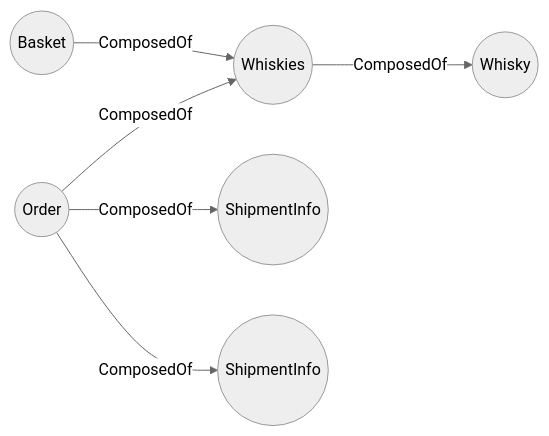
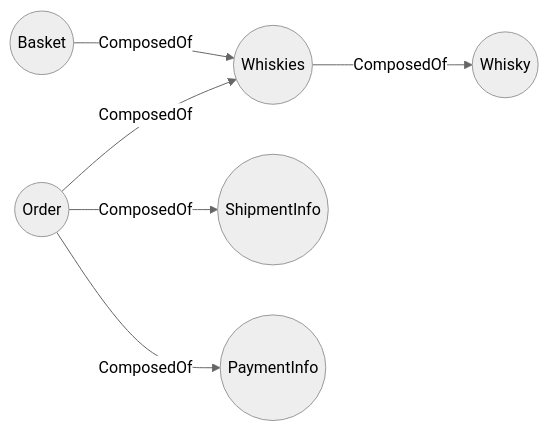
One commit to aniwat0554/assignment-java-boot-camp changed the fourth of 4 diagrams in READMe.md. Above: the diagram before and after it, drawn with Mermaid (neutral theme). The commit also changed other lines of this file, not shown here.

Commit message:
correct entity name
ShipmentInfo -> PaymentInfo

````diff
--- a/READMe.md
+++ b/READMe.md
@@ -39,8 +39,8 @@
 ```mermaid
     graph LR
     Whiskies((Whiskies)) -->|ComposedOf| Whisky(("Whisky"))
     Basket(("Basket")) --> |ComposedOf| Whiskies((Whiskies))
     Order(("Order")) -->|ComposedOf| Whiskies((Whiskies))
     Order(("Order")) --> |ComposedOf| ShipmentInfo((ShipmentInfo))
-    Order(("Order")) --> |ComposedOf| PaymentInfo((ShipmentInfo))
+    Order(("Order")) --> |ComposedOf| PaymentInfo((PaymentInfo))
 ```
````
